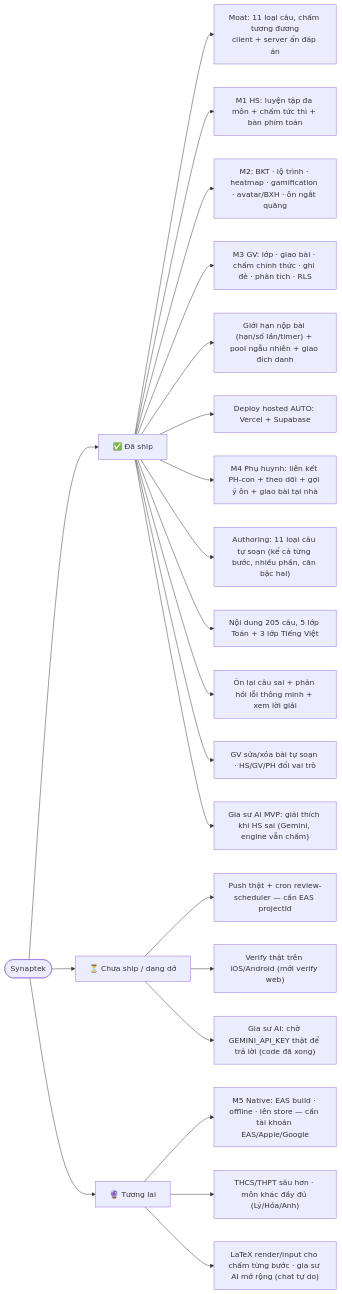
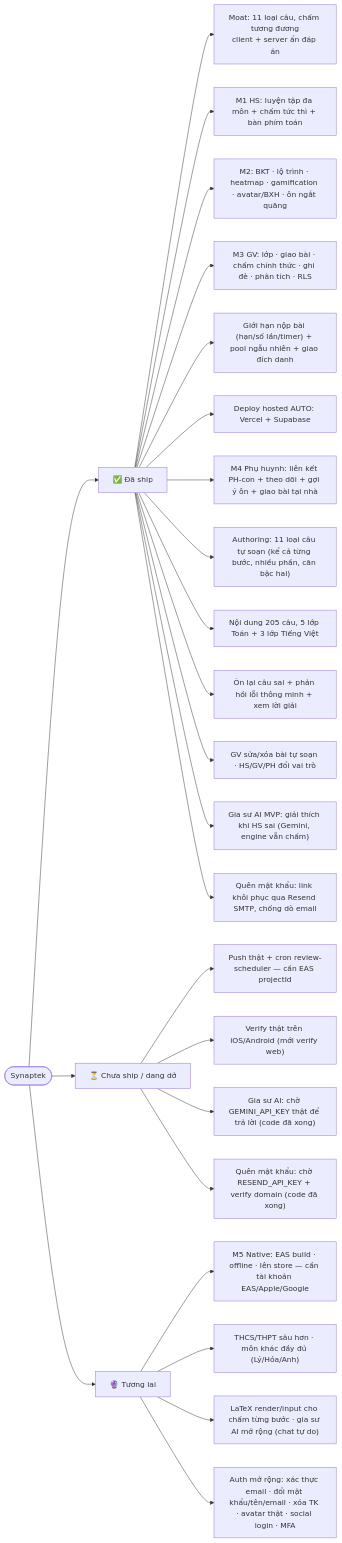
The second of 2 diagrams in docs/FEATURE-MAP.md (hoanghainh1188/synaptek), drawn with Mermaid before and after one commit. The commit also changed other lines of this file and 12 other files, not shown here.

First line of the commit message:
feat(auth): quên mật khẩu qua email khôi phục (D47) (#77)

````diff
--- a/docs/FEATURE-MAP.md
+++ b/docs/FEATURE-MAP.md
@@ -56,28 +62,31 @@
 ```mermaid
 flowchart LR
   S([Synaptek])
   S --> SHIPPED["✅ Đã ship"]
   S --> WIP["⏳ Chưa ship / dang dở"]
   S --> FUTURE["🔮 Tương lai"]
 
   SHIPPED --> A1["Moat: 11 loại câu, chấm tương đương<br/>client + server ẩn đáp án"]
   SHIPPED --> A2["M1 HS: luyện tập đa môn + chấm tức thì + bàn phím toán"]
   SHIPPED --> A3["M2: BKT · lộ trình · heatmap · gamification · avatar/BXH · ôn ngắt quãng"]
   SHIPPED --> A4["M3 GV: lớp · giao bài · chấm chính thức · ghi đè · phân tích · RLS"]
   SHIPPED --> A5["Giới hạn nộp bài (hạn/số lần/timer) + pool ngẫu nhiên + giao đích danh"]
   SHIPPED --> A6["Deploy hosted AUTO: Vercel + Supabase"]
   SHIPPED --> A7["M4 Phụ huynh: liên kết PH-con + theo dõi + gợi ý ôn + giao bài tại nhà"]
   SHIPPED --> A8["Authoring: 11 loại câu tự soạn (kể cả từng bước, nhiều phần, căn bậc hai)"]
   SHIPPED --> A9["Nội dung 205 câu, 5 lớp Toán + 3 lớp Tiếng Việt"]
   SHIPPED --> A10["Ôn lại câu sai + phản hồi lỗi thông minh + xem lời giải"]
   SHIPPED --> A11["GV sửa/xóa bài tự soạn · HS/GV/PH đổi vai trò"]
   SHIPPED --> A12["Gia sư AI MVP: giải thích khi HS sai (Gemini, engine vẫn chấm)"]
+  SHIPPED --> A13["Quên mật khẩu: link khôi phục qua Resend SMTP, chống dò email"]
 
   WIP --> B1["Push thật + cron review-scheduler — cần EAS projectId"]
   WIP --> B2["Verify thật trên iOS/Android (mới verify web)"]
   WIP --> B3["Gia sư AI: chờ GEMINI_API_KEY thật để trả lời (code đã xong)"]
+  WIP --> B4["Quên mật khẩu: chờ RESEND_API_KEY + verify domain (code đã xong)"]
 
   FUTURE --> C1["M5 Native: EAS build · offline · lên store — cần tài khoản EAS/Apple/Google"]
   FUTURE --> C2["THCS/THPT sâu hơn · môn khác đầy đủ (Lý/Hóa/Anh)"]
   FUTURE --> C3["LaTeX render/input cho chấm từng bước · gia sư AI mở rộng (chat tự do)"]
+  FUTURE --> C4["Auth mở rộng: xác thực email · đổi mật khẩu/tên/email · xóa TK · avatar thật · social login · MFA"]
 ```
````
